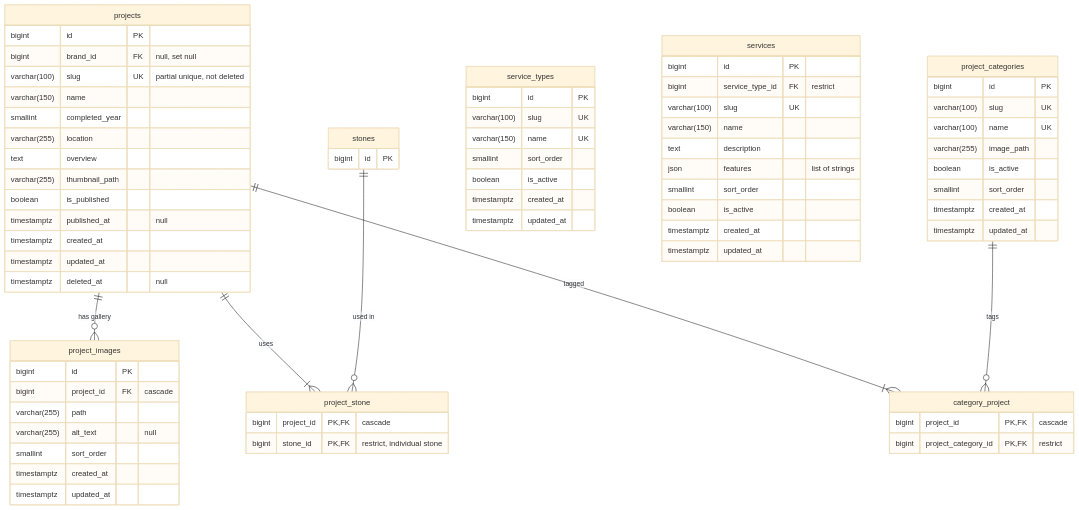
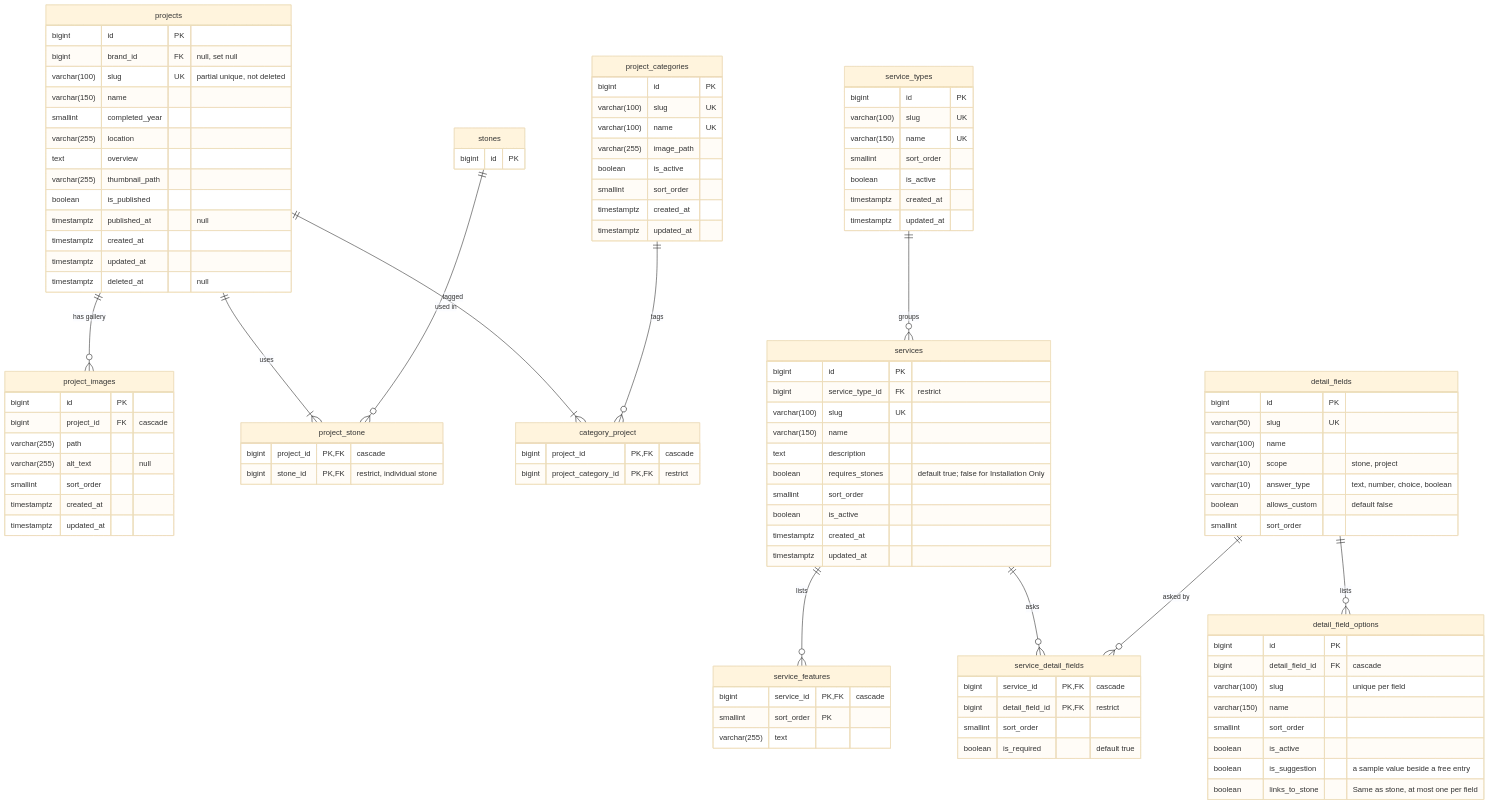
Before and after one commit to regraystone/regray: the third of 5 diagrams in docs/database/regray-erd.md, drawn with Mermaid (base theme). The commit also changed other lines of this file and 75 other files, not shown here.

````diff
--- a/docs/database/regray-erd.md
+++ b/docs/database/regray-erd.md
@@ -372,11 +373,41 @@
         varchar(100) slug UK
         varchar(150) name
         text description
-        json features "list of strings"
+        boolean requires_stones "default true; false for Installation Only"
         smallint sort_order
         boolean is_active
         timestamptz created_at
         timestamptz updated_at
+    }
+    service_features {
+        bigint service_id PK, FK "cascade"
+        smallint sort_order PK
+        varchar(255) text
+    }
+    detail_fields {
+        bigint id PK
+        varchar(50) slug UK
+        varchar(100) name
+        varchar(10) scope "stone, project"
+        varchar(10) answer_type "text, number, choice, boolean"
+        boolean allows_custom "default false"
+        smallint sort_order
+    }
+    detail_field_options {
+        bigint id PK
+        bigint detail_field_id FK "cascade"
+        varchar(100) slug "unique per field"
+        varchar(150) name
+        smallint sort_order
+        boolean is_active
+        boolean is_suggestion "a sample value beside a free entry"
+        boolean links_to_stone "Same as stone, at most one per field"
+    }
+    service_detail_fields {
+        bigint service_id PK, FK "cascade"
+        bigint detail_field_id PK, FK "restrict"
+        smallint sort_order
+        boolean is_required "default true"
     }
     stones {
         bigint id PK
@@ -387,4 +418,9 @@
     stones ||--o{ project_stone : "used in"
     projects ||--|{ category_project : "tagged"
     project_categories ||--o{ category_project : "tags"
+    service_types ||--o{ services : "groups"
+    services ||--o{ service_features : "lists"
+    services ||--o{ service_detail_fields : "asks"
+    detail_fields ||--o{ service_detail_fields : "asked by"
+    detail_fields ||--o{ detail_field_options : "lists"
 ```
````
